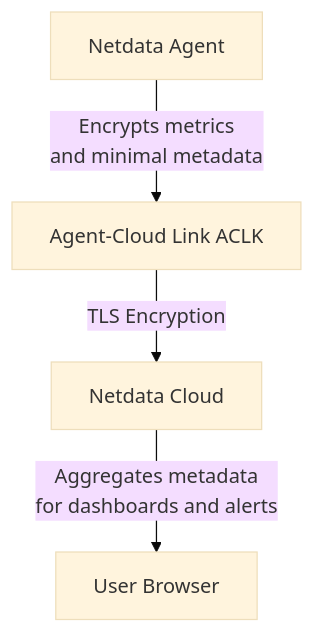
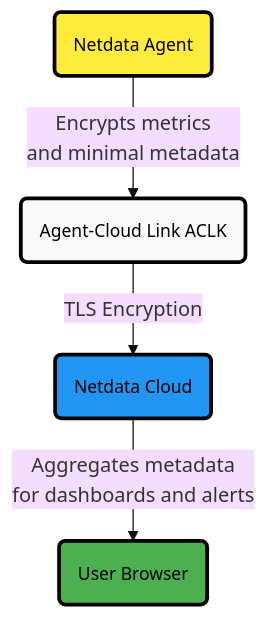
The diagram in docs/security-and-privacy-design/netdata-cloud-security.md (netdata/netdata), drawn with Mermaid (base theme) before and after one commit. The commit also changed 21 other files, not shown here.

Commit message:
Fix Mermaid diagrams across multiple files

````diff
--- a/docs/security-and-privacy-design/netdata-cloud-security.md
+++ b/docs/security-and-privacy-design/netdata-cloud-security.md
@@ -58,7 +58,18 @@
 ```mermaid
 flowchart TD
-    A[Netdata Agent] -->|Encrypts metrics<br/>and minimal metadata| B[Agent-Cloud Link ACLK]
-    B -->|TLS Encryption| C[Netdata Cloud]
-    C -->|Aggregates metadata<br/>for dashboards and alerts| D[User Browser]
+    A("Netdata Agent") -->|"Encrypts metrics<br/>and minimal metadata"| B("Agent-Cloud Link ACLK")
+    B -->|"TLS Encryption"| C("Netdata Cloud")
+    C -->|"Aggregates metadata<br/>for dashboards and alerts"| D("User Browser")
 
+    %% Style definitions
+    classDef alert fill:#ffeb3b,stroke:#000000,stroke-width:3px,color:#000000,font-size:14px
+    classDef neutral fill:#f9f9f9,stroke:#000000,stroke-width:3px,color:#000000,font-size:14px
+    classDef complete fill:#4caf50,stroke:#000000,stroke-width:3px,color:#000000,font-size:14px
+    classDef database fill:#2196F3,stroke:#000000,stroke-width:3px,color:#000000,font-size:14px
+
+    %% Apply styles
+    class A alert
+    class B neutral
+    class C database
+    class D complete
 ```
````
